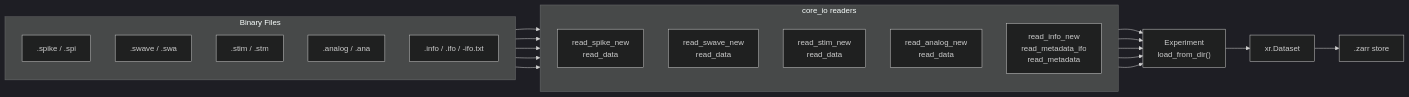
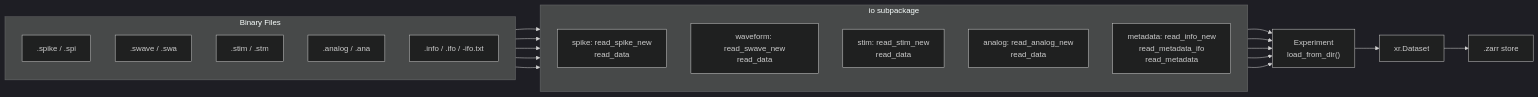
Before and after one commit to VisionICeNatal/VisionICeIO: the first of 3 diagrams in docs/data_format.md, drawn with Mermaid (dark theme). The commit also changed 14 other files, not shown here.

````diff
--- a/docs/data_format.md
+++ b/docs/data_format.md
@@ -15,31 +15,31 @@
 ```{mermaid}
 flowchart LR
     subgraph files ["Binary Files"]
         direction TB
         F1[".spike / .spi"]
         F2[".swave / .swa"]
         F3[".stim / .stm"]
         F4[".analog / .ana"]
         F5[".info / .ifo / -ifo.txt"]
     end
 
-    subgraph coreio ["core_io readers"]
+    subgraph iopkg ["io subpackage"]
         direction TB
-        R1["read_spike_new<br/>read_data"]
-        R2["read_swave_new<br/>read_data"]
-        R3["read_stim_new<br/>read_data"]
-        R4["read_analog_new<br/>read_data"]
-        R5["read_info_new<br/>read_metadata_ifo<br/>read_metadata"]
+        R1["spike: read_spike_new<br/>read_data"]
+        R2["waveform: read_swave_new<br/>read_data"]
+        R3["stim: read_stim_new<br/>read_data"]
+        R4["analog: read_analog_new<br/>read_data"]
+        R5["metadata: read_info_new<br/>read_metadata_ifo<br/>read_metadata"]
     end
 
     EXP["Experiment<br/>load_from_dir()"]
     DS["xr.Dataset"]
     ZARR[".zarr store"]
 
     F1 --> R1 --> EXP
     F2 --> R2 --> EXP
     F3 --> R3 --> EXP
     F4 --> R4 --> EXP
     F5 --> R5 --> EXP
     EXP --> DS --> ZARR
 ```
````
